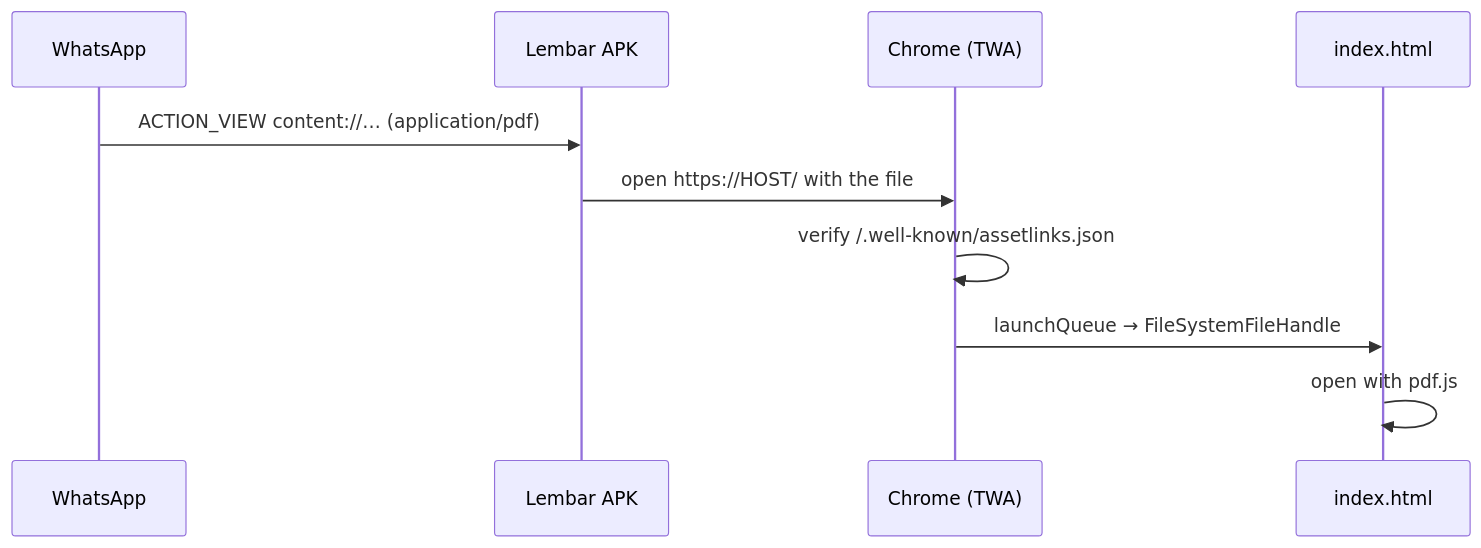
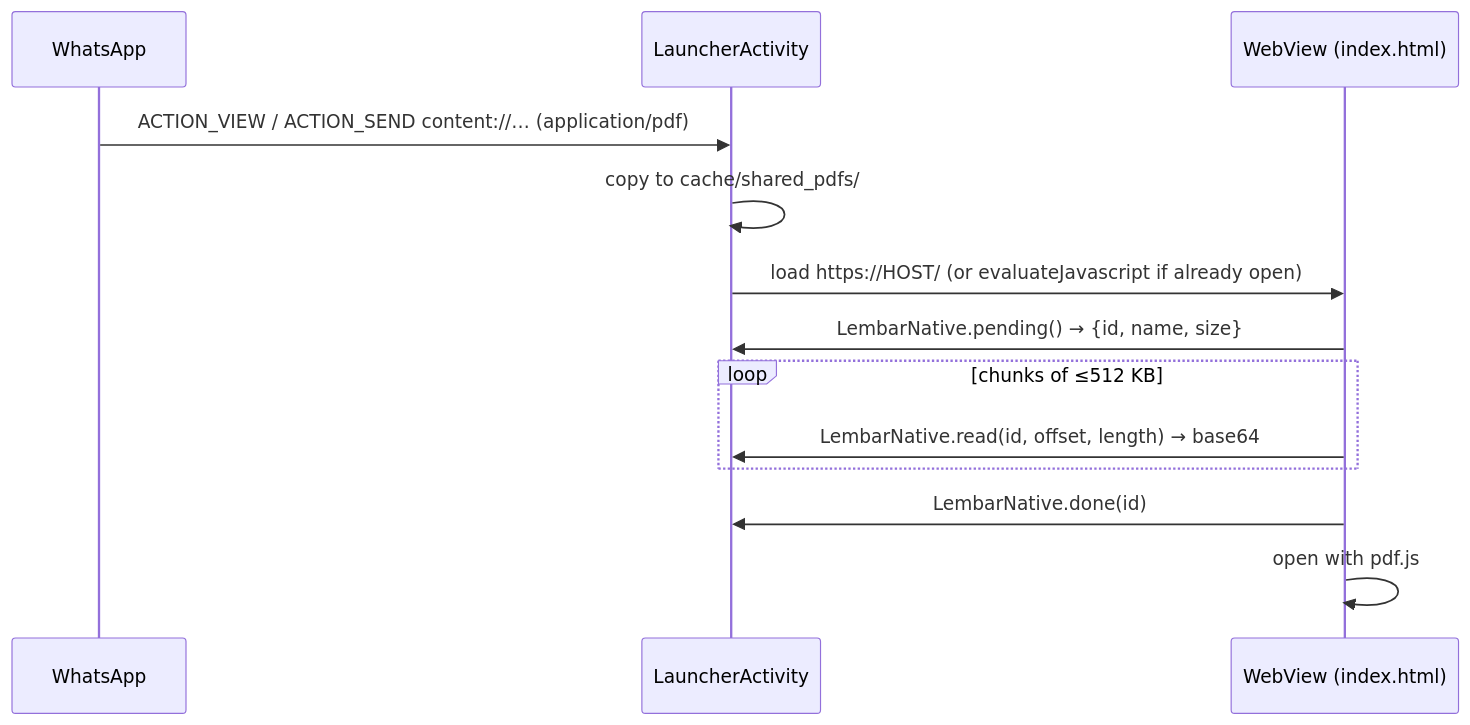
The second of 2 diagrams in README.md (erwinwahyura/pdf-reader), drawn with Mermaid before and after one commit. The commit also changed other lines of this file and 7 other files, not shown here.

First line of the commit message:
Replace the TWA with a WebView shell for the Android app (#9)

````diff
--- a/README.md
+++ b/README.md
@@ -120,12 +122,15 @@
 ```mermaid
 sequenceDiagram
     participant WA as WhatsApp
-    participant APK as Lembar APK
-    participant C as Chrome (TWA)
-    participant App as index.html
-    WA->>APK: ACTION_VIEW content://… (application/pdf)
-    APK->>C: open https://HOST/ with the file
-    C->>C: verify /.well-known/assetlinks.json
-    C->>App: launchQueue → FileSystemFileHandle
-    App->>App: open with pdf.js
+    participant A as LauncherActivity
+    participant W as WebView (index.html)
+    WA->>A: ACTION_VIEW / ACTION_SEND content://… (application/pdf)
+    A->>A: copy to cache/shared_pdfs/
+    A->>W: load https://HOST/ (or evaluateJavascript if already open)
+    W->>A: LembarNative.pending() → {id, name, size}
+    loop chunks of ≤512 KB
+        W->>A: LembarNative.read(id, offset, length) → base64
+    end
+    W->>A: LembarNative.done(id)
+    W->>W: open with pdf.js
 ```
````
